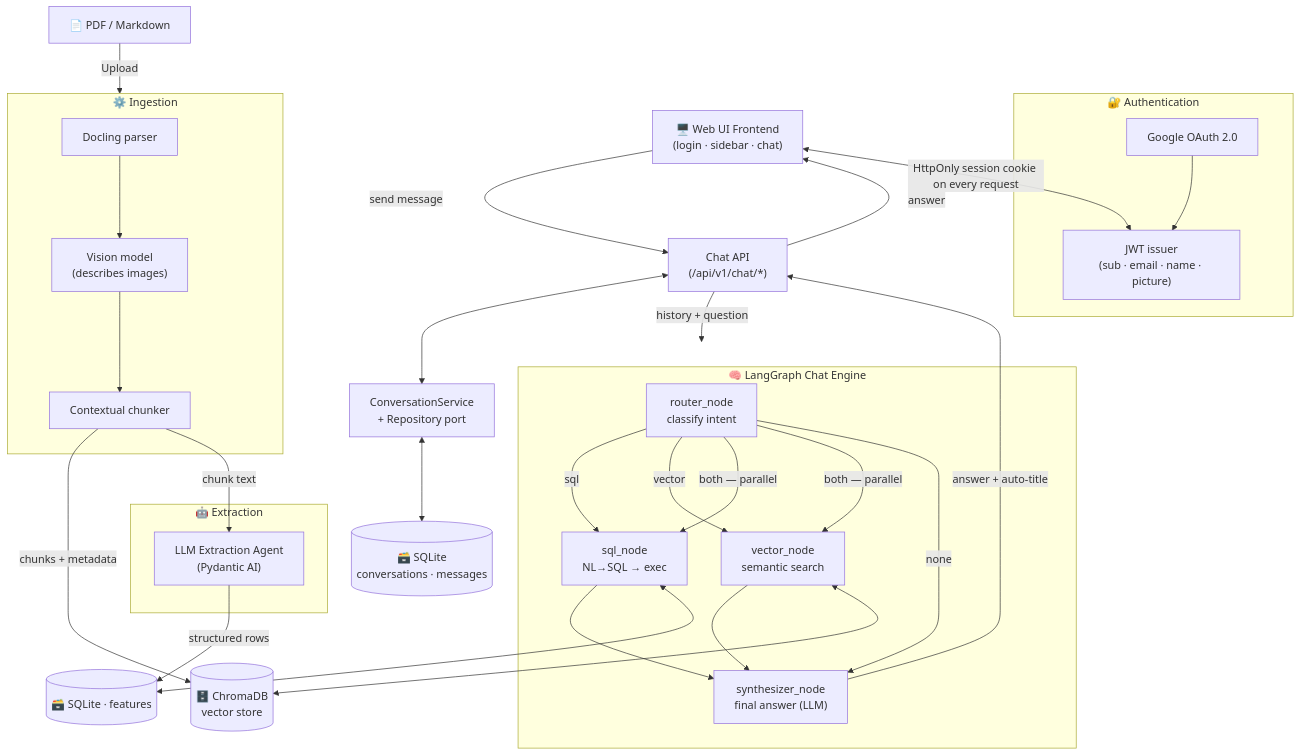
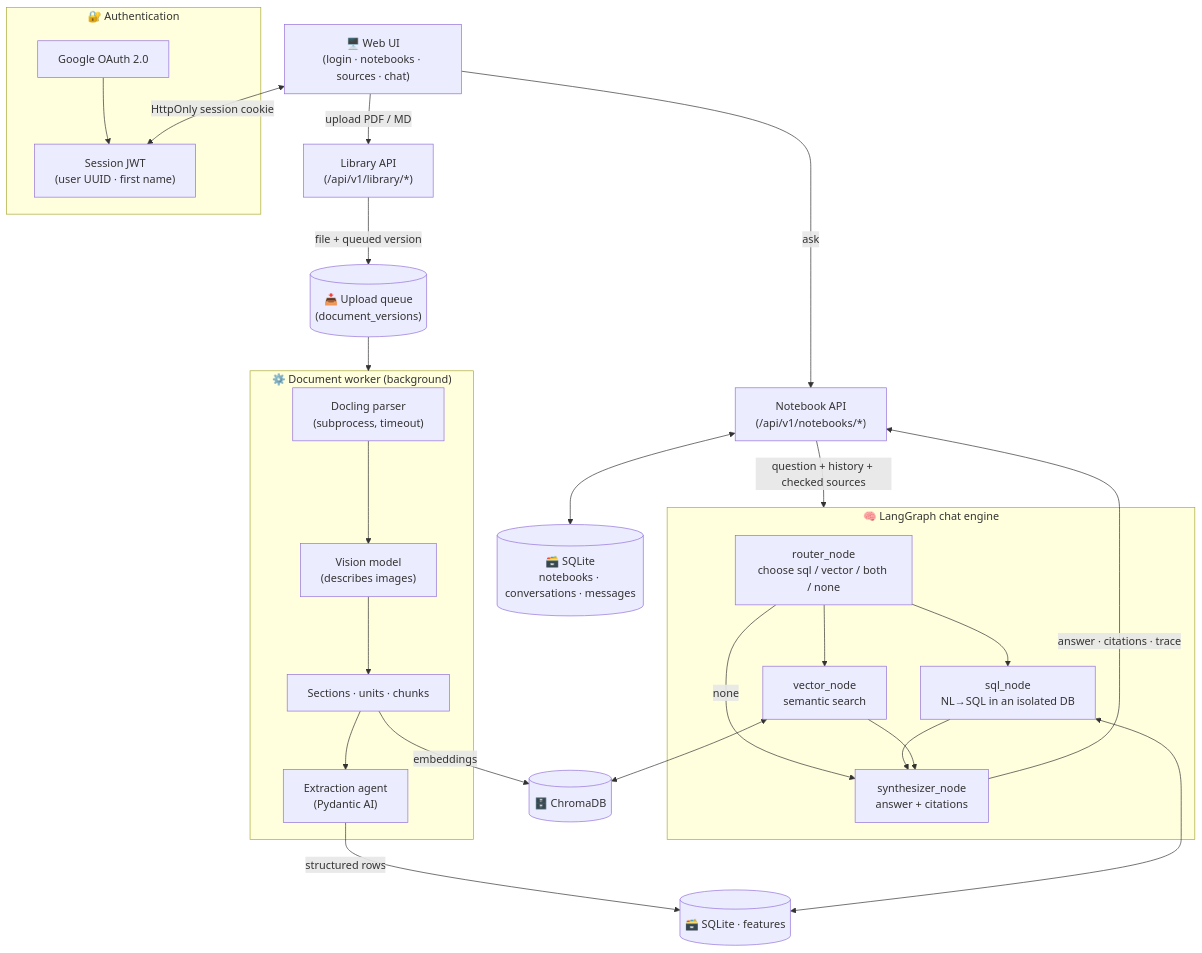
One commit to rioooranteai/argos changed the diagram in README.md. Above: the diagram before and after it, drawn with Mermaid. The commit also changed other lines of this file, not shown here.

````diff
--- a/README.md
+++ b/README.md
@@ -19,54 +46,46 @@
 ```mermaid
 flowchart TD
     %% ─── Client ───
-    UI["🖥️ Web UI Frontend\n(login · sidebar · chat)"]
+    UI["🖥️ Web UI\n(login · notebooks · sources · chat)"]
 
     %% ─── Auth ───
     subgraph AUTH ["🔐 Authentication"]
         GOOGLE["Google OAuth 2.0"]
-        JWT["JWT issuer\n(sub · email · name · picture)"]
-        GOOGLE --> JWT
+        SESSION["Session JWT\n(user UUID · first name)"]
+        GOOGLE --> SESSION
     end
-    UI <-->|HttpOnly session cookie on every request| JWT
+    UI <-->|HttpOnly session cookie| SESSION
 
-    %% ─── Ingestion + Extraction ───
-    DOC["📄 PDF / Markdown"] -->|Upload| ING
-    subgraph ING ["⚙️ Ingestion"]
-        DOCLING["Docling parser"]
+    %% ─── Library & processing ───
+    UI -->|upload PDF / MD| LIB["Library API\n(/api/v1/library/*)"]
+    LIB -->|file + queued version| QUEUE[("📥 Upload queue\n(document_versions)")]
+    QUEUE --> WORKER
+    subgraph WORKER ["⚙️ Document worker (background)"]
+        DOCLING["Docling parser\n(subprocess, timeout)"]
         VISION["Vision model\n(describes images)"]
-        CHUNKER["Contextual chunker"]
-        DOCLING --> VISION --> CHUNKER
+        CHUNKER["Sections · units · chunks"]
+        AGENT["Extraction agent\n(Pydantic AI)"]
+        DOCLING --> VISION --> CHUNKER --> AGENT
     end
-    CHUNKER -->|chunks + metadata| CHROMA[("🗄️ ChromaDB\nvector store")]
-
-    subgraph EXT ["🤖 Extraction"]
-        AGENT["LLM Extraction Agent\n(Pydantic AI)"]
-    end
-    CHUNKER -->|chunk text| AGENT
+    CHUNKER -->|embeddings| CHROMA[("🗄️ ChromaDB")]
     AGENT -->|structured rows| FEATURES[("🗃️ SQLite · features")]
 
-    %% ─── Conversation persistence ───
-    UI -->|send message| CHATAPI["Chat API\n(/api/v1/chat/*)"]
-    CHATAPI <--> CONVSVC["ConversationService\n+ Repository port"]
-    CONVSVC <--> CONVDB[("🗃️ SQLite\nconversations · messages")]
-
-    %% ─── Hybrid retrieval graph ───
-    CHATAPI -->|history + question| GRAPH
-    subgraph GRAPH ["🧠 LangGraph Chat Engine"]
-        ROUTER["router_node\nclassify intent"]
-        SQLN["sql_node\nNL→SQL → exec"]
+    %% ─── Notebooks & chat ───
+    UI -->|ask| NB["Notebook API\n(/api/v1/notebooks/*)"]
+    NB <--> CONVDB[("🗃️ SQLite\nnotebooks · conversations · messages")]
+    NB -->|question + history + checked sources| GRAPH
+    subgraph GRAPH ["🧠 LangGraph chat engine"]
+        ROUTER["router_node\nchoose sql / vector / both / none"]
+        SQLN["sql_node\nNL→SQL in an isolated DB"]
         VECN["vector_node\nsemantic search"]
-        SYNTH["synthesizer_node\nfinal answer (LLM)"]
-        ROUTER -->|sql| SQLN
-        ROUTER -->|vector| VECN
-        ROUTER -->|both — parallel| SQLN
-        ROUTER -->|both — parallel| VECN
+        SYNTH["synthesizer_node\nanswer + citations"]
+        ROUTER --> SQLN
+        ROUTER --> VECN
         ROUTER -->|none| SYNTH
         SQLN --> SYNTH
         VECN --> SYNTH
     end
     SQLN <--> FEATURES
     VECN <--> CHROMA
-    SYNTH -->|answer + auto-title| CHATAPI
-    CHATAPI -->|answer| UI
+    SYNTH -->|answer · citations · trace| NB
 ```
````
